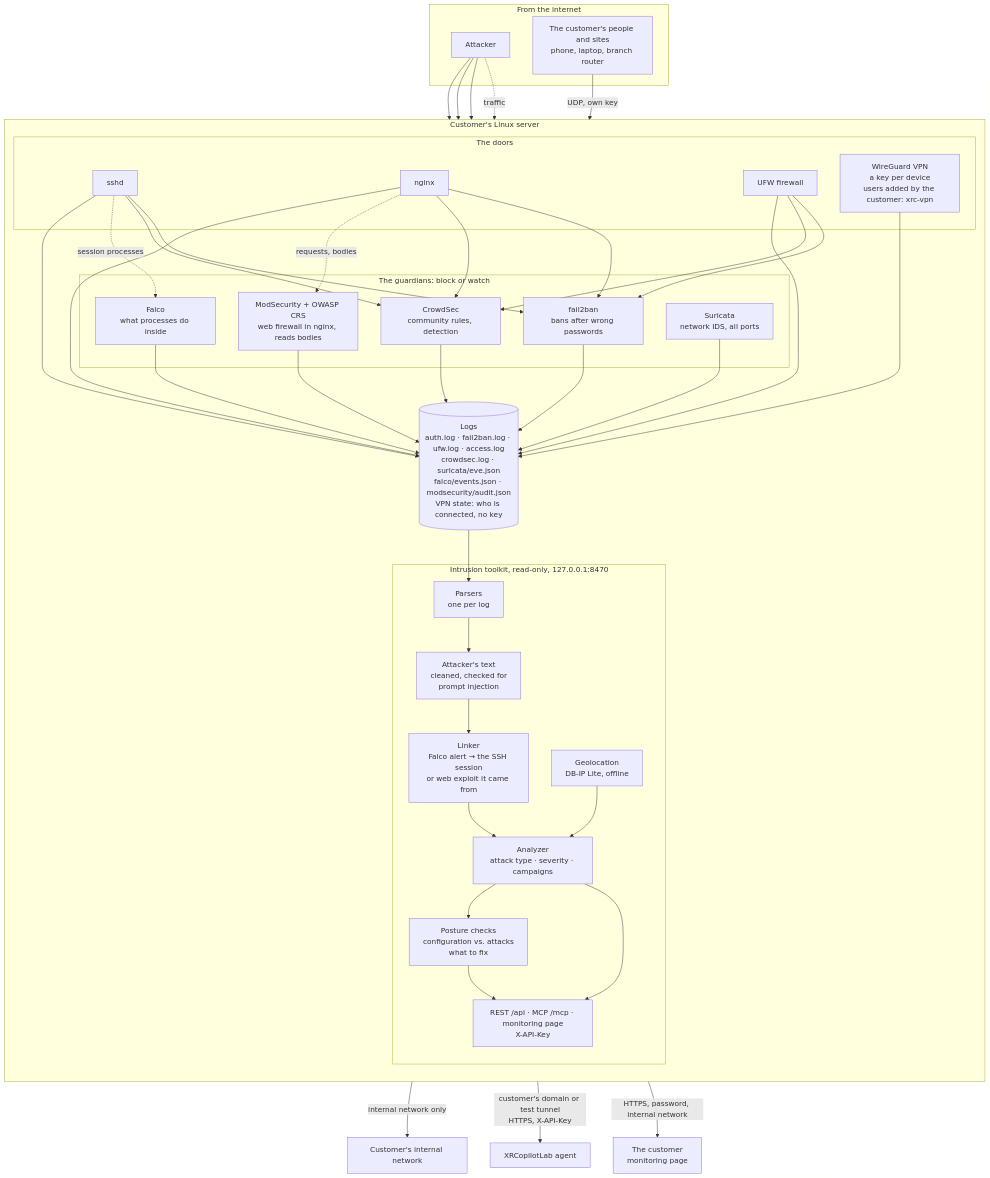
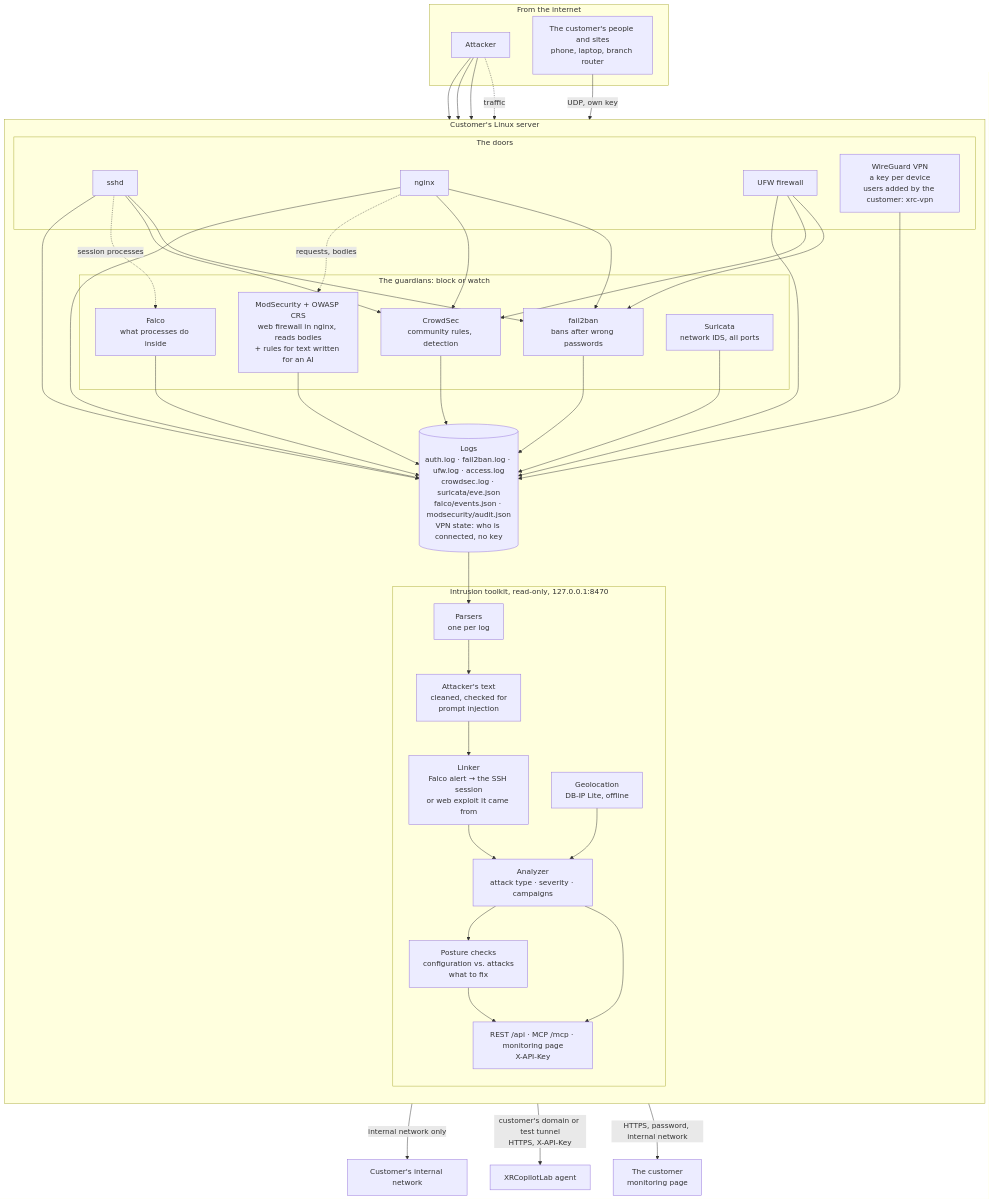
One commit to hevolusinnovation/xrcopilotlab-intrusion-mcp changed the second of 4 diagrams in README.md. Above: the diagram before and after it, drawn with Mermaid. The commit also changed other lines of this file and 13 other files, not shown here.

````diff
--- a/README.md
+++ b/README.md
@@ -49,49 +50,49 @@
 ```mermaid
 flowchart TB
   subgraph NET[From the internet]
     ATK[Attacker]
     STAFF[The customer's people and sites<br/>phone, laptop, branch router]
   end
   subgraph HOST[Customer's Linux server]
     direction TB
     subgraph DOORS[The doors]
       SSHD[sshd]
       NGINX[nginx]
       FW[UFW firewall]
       VPN[WireGuard VPN<br/>a key per device<br/>users added by the customer: xrc-vpn]
     end
     subgraph GUARDS[The guardians: block or watch]
       F2B[fail2ban<br/>bans after wrong passwords]
       CS[CrowdSec<br/>community rules, detection]
       SUR[Suricata<br/>network IDS, all ports]
       FAL[Falco<br/>what processes do inside]
-      MOD[ModSecurity + OWASP CRS<br/>web firewall in nginx, reads bodies]
+      MOD[ModSecurity + OWASP CRS<br/>web firewall in nginx, reads bodies<br/>+ rules for text written for an AI]
     end
     LOGS[(Logs<br/>auth.log · fail2ban.log · ufw.log · access.log<br/>crowdsec.log · suricata/eve.json<br/>falco/events.json · modsecurity/audit.json<br/>VPN state: who is connected, no key)]
     subgraph TK[Intrusion toolkit, read-only, 127.0.0.1:8470]
       P[Parsers<br/>one per log]
       U[Attacker's text<br/>cleaned, checked for<br/>prompt injection]
       L[Linker<br/>Falco alert → the SSH session<br/>or web exploit it came from]
       AN[Analyzer<br/>attack type · severity · campaigns]
       GEO[Geolocation<br/>DB-IP Lite, offline]
       PST[Posture checks<br/>configuration vs. attacks<br/>what to fix]
       API[REST /api · MCP /mcp · monitoring page<br/>X-API-Key]
     end
   end
   XRC[XRCopilotLab agent]
   CUST[The customer<br/>monitoring page]
 
   ATK --> SSHD & NGINX & FW
   STAFF -->|UDP, own key| VPN
   VPN -->|internal network only| LAN[Customer's internal network]
   SSHD & NGINX & FW --> F2B & CS
   ATK -. traffic .-> SUR
   SSHD -. session processes .-> FAL
   NGINX -. requests, bodies .-> MOD
   SSHD & NGINX & FW & F2B & CS & SUR & FAL & MOD & VPN --> LOGS
   LOGS --> P --> U --> L --> AN --> API
   GEO --> AN
   AN --> PST --> API
   API -->|customer's domain or test tunnel<br/>HTTPS, X-API-Key| XRC
   API -->|HTTPS, password, internal network| CUST
 ```
````
